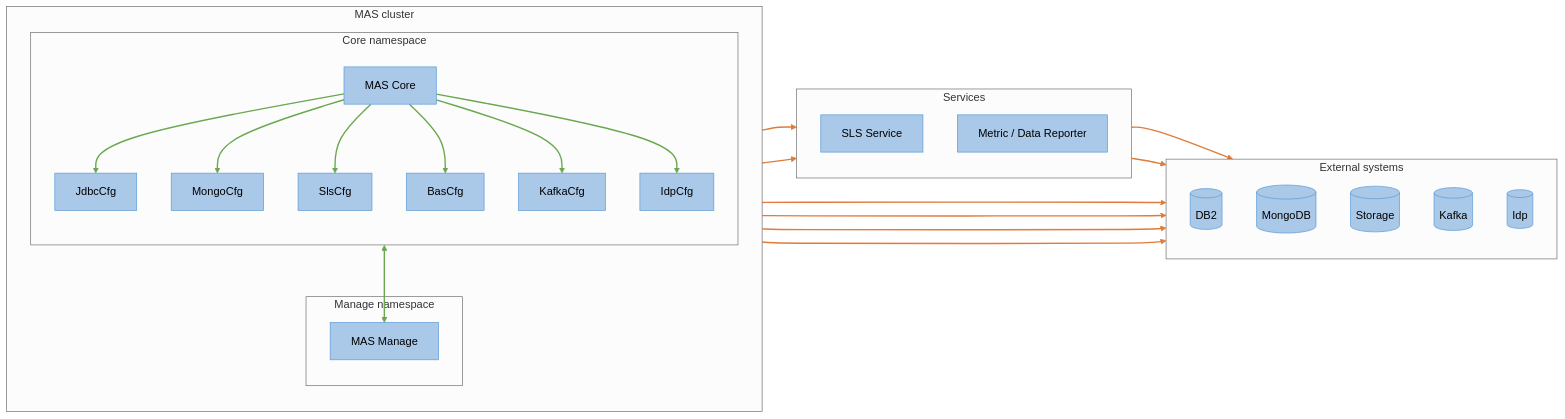
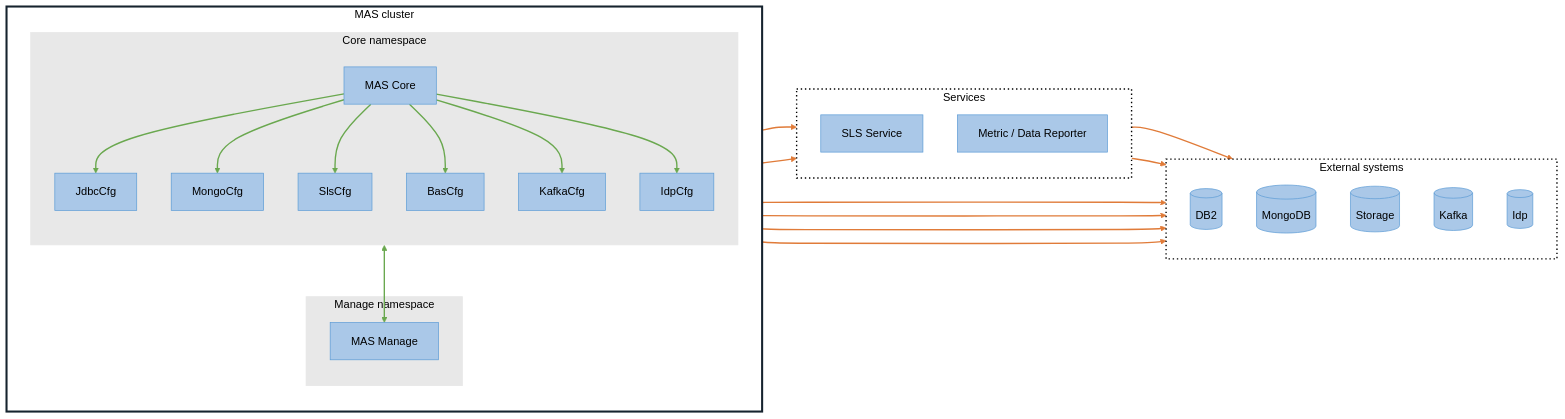
Before and after one commit to codersyacht/mas-suite-install: the diagram in readme.md, drawn with Mermaid (neutral theme).

Commit message:
readme
Added panel colors to match the original design.

````diff
--- a/readme.md
+++ b/readme.md
@@ -7,59 +7,66 @@
 ```mermaid
 flowchart LR
     subgraph MAS["MAS cluster"]
         direction TB
         subgraph CORE["Core namespace"]
             direction TB
             Core[MAS Core]
             JdbcCfg[JdbcCfg]
             MongoCfg[MongoCfg]
             SlsCfg[SlsCfg]
             BasCfg[BasCfg]
             KafkaCfg[KafkaCfg]
             IdpCfg[IdpCfg]
         end
         subgraph MNG["Manage namespace"]
             Manage[MAS Manage]
         end
     end
 
     subgraph SVC["Services"]
         direction TB
         SLS[SLS Service]
         Reporter["Metric / Data Reporter"]
     end
 
     subgraph EXT["External systems"]
         direction TB
         DB2[(DB2)]
         MongoDB[(MongoDB)]
         Storage[(Storage)]
         KafkaDB[(Kafka)]
         Idp[(Idp)]
     end
 
     %% Core owns the config CRs (green)
     Core --> JdbcCfg
     Core --> MongoCfg
     Core --> SlsCfg
     Core --> BasCfg
     Core --> KafkaCfg
     Core --> IdpCfg
     Core <--> Manage
 
     %% Config -> backing system (orange)
     JdbcCfg --> DB2
     MongoCfg --> MongoDB
     SlsCfg --> SLS
     SLS --> MongoDB
     BasCfg --> Reporter
     Reporter --> Storage
     KafkaCfg --> KafkaDB
     IdpCfg --> Idp
 
     linkStyle 0,1,2,3,4,5,6 stroke:#6aa84f,stroke-width:2px
     linkStyle 7,8,9,10,11,12,13,14 stroke:#e07b39,stroke-width:2px
 
     classDef box fill:#aac8e8,stroke:#5b9bd5,color:#000
     class Core,JdbcCfg,MongoCfg,SlsCfg,BasCfg,KafkaCfg,IdpCfg,Manage,SLS,Reporter,DB2,MongoDB,Storage,KafkaDB,Idp box
+
+    %% Panel colors to match the original
+    style MAS fill:#ffffff,stroke:#16232e,stroke-width:3px,color:#000
+    style CORE fill:#e8e8e8,stroke:#e8e8e8,color:#000
+    style MNG fill:#e8e8e8,stroke:#e8e8e8,color:#000
+    style SVC fill:#ffffff,stroke:#000000,stroke-width:2px,stroke-dasharray:2 4,color:#000
+    style EXT fill:#ffffff,stroke:#000000,stroke-width:2px,stroke-dasharray:2 4,color:#000
 ```
````
